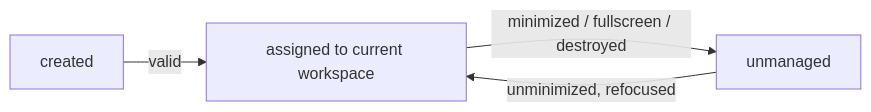
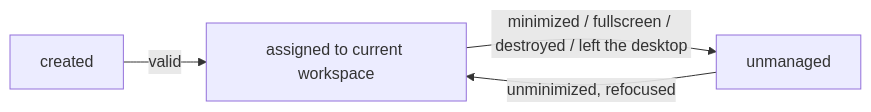
One commit to brennovich/ottowm changed the fourth of 4 diagrams in ARCHITECTURE.md. Above: the diagram before and after it, drawn with Mermaid. The commit also changed other lines of this file and 3 other files, not shown here.

````diff
--- a/ARCHITECTURE.md
+++ b/ARCHITECTURE.md
@@ -129,6 +129,6 @@
 ```mermaid
 flowchart LR
     created -->|valid| assigned[assigned to current workspace]
-    assigned -->|minimized / fullscreen / destroyed| unmanaged
+    assigned -->|minimized / fullscreen / destroyed / left the desktop| unmanaged
     unmanaged -->|unminimized, refocused| assigned
 ```
````
